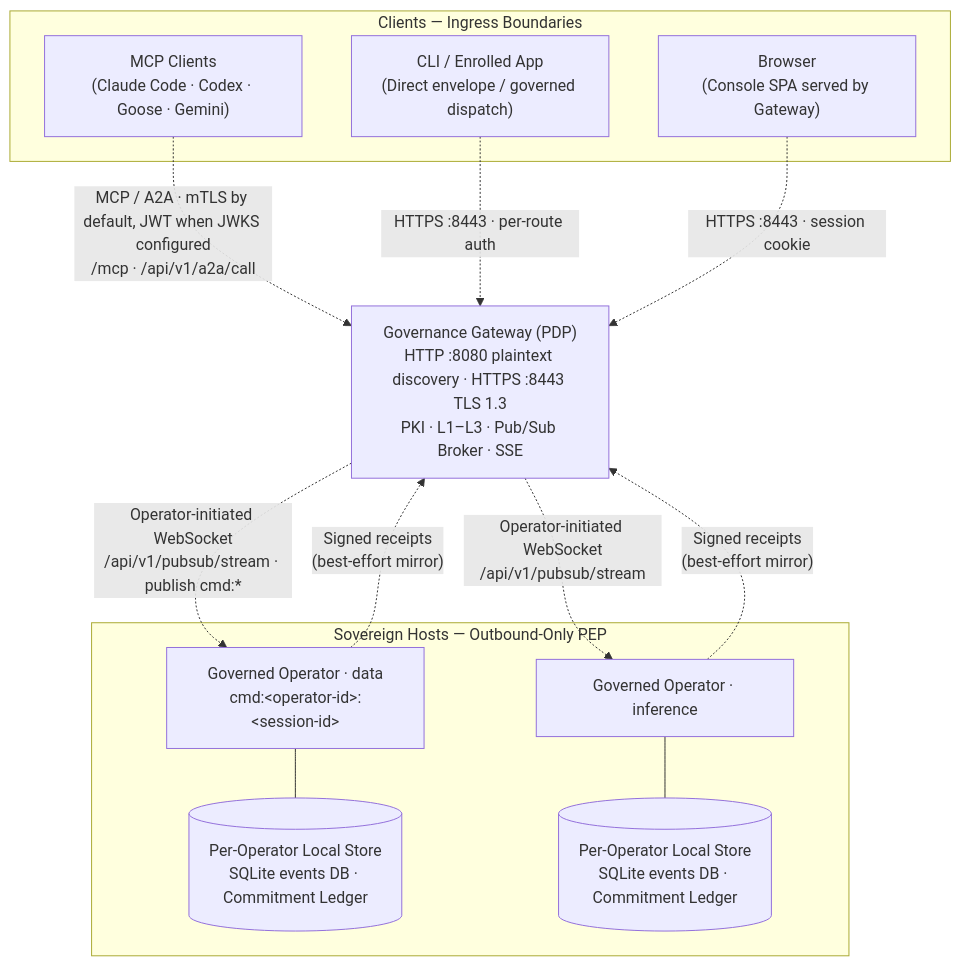
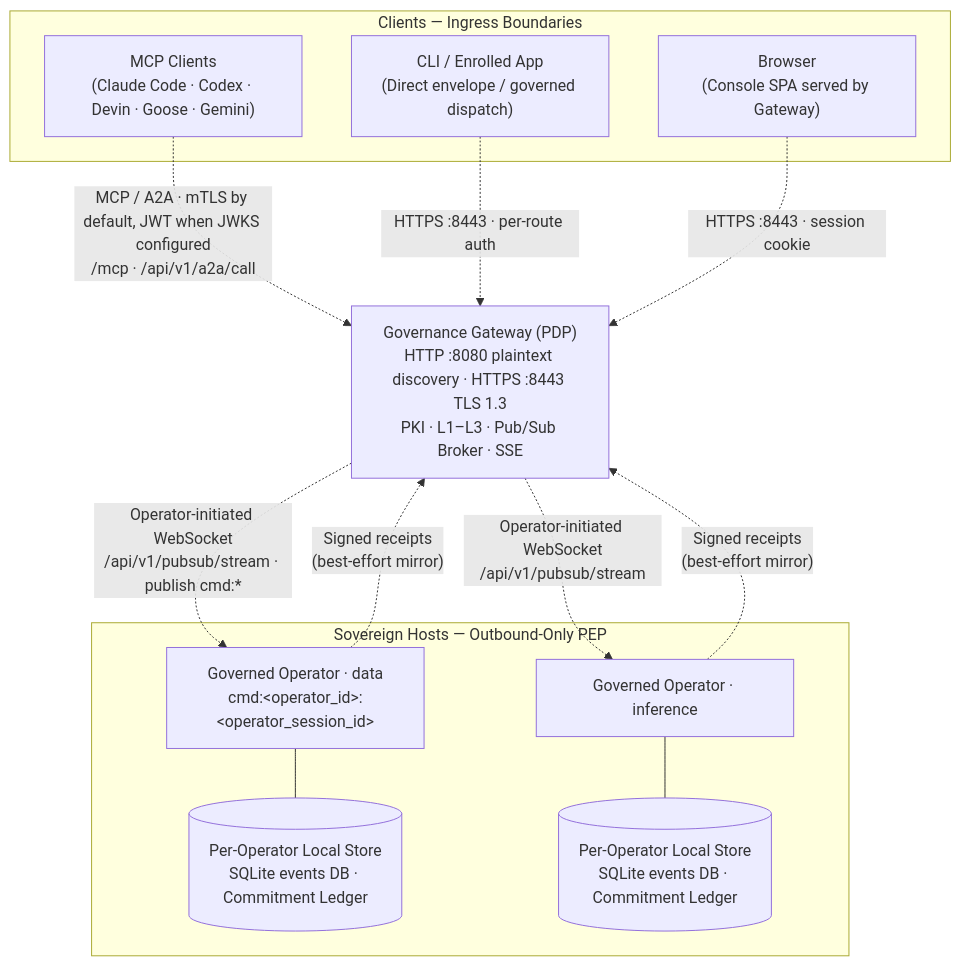
Before and after one commit to zerotrustdata/ztd: the diagram in docs/diagrams/graph-gateway-fleet-single-host-http-mtls.md, drawn with Mermaid. The commit also changed other lines of this file and 216 other files, not shown here.

````diff
--- a/docs/diagrams/graph-gateway-fleet-single-host-http-mtls.md
+++ b/docs/diagrams/graph-gateway-fleet-single-host-http-mtls.md
@@ -26,28 +26,28 @@
 ```mermaid
 graph TD
     subgraph Clients ["Clients — Ingress Boundaries"]
-        MCP["MCP Clients<br/>(Claude Code · Codex · Goose · Gemini)"]
+        MCP["MCP Clients<br/>(Claude Code · Codex · Devin · Goose · Gemini)"]
         CLI["CLI / Enrolled App<br/>(Direct envelope / governed dispatch)"]
         Browser["Browser<br/>(Console SPA served by Gateway)"]
     end
 
     GW["Governance Gateway (PDP)<br/>HTTP :8080 plaintext discovery · HTTPS :8443 TLS 1.3<br/>PKI · L1–L3 · Pub/Sub Broker · SSE"]
 
     subgraph Fleet ["Sovereign Hosts — Outbound-Only PEP"]
-        O1["Governed Operator · data<br/>cmd:&lt;operator-id&gt;:&lt;session-id&gt;"]
+        O1["Governed Operator · data<br/>cmd:&lt;operator_id&gt;:&lt;operator_session_id&gt;"]
         O2["Governed Operator · inference"]
         D1[("Per-Operator Local Store<br/>SQLite events DB · Commitment Ledger")]
         D2[("Per-Operator Local Store<br/>SQLite events DB · Commitment Ledger")]
         O1 --- D1
         O2 --- D2
     end
 
     MCP -. "MCP / A2A · mTLS by default, JWT when JWKS configured<br/>/mcp · /api/v1/a2a/call" .-> GW
     CLI -. "HTTPS :8443 · per-route auth" .-> GW
     Browser -. "HTTPS :8443 · session cookie" .-> GW
 
     GW -. "Operator-initiated WebSocket<br/>/api/v1/pubsub/stream · publish cmd:*" .-> O1
     GW -. "Operator-initiated WebSocket<br/>/api/v1/pubsub/stream" .-> O2
     O1 -. "Signed receipts<br/>(best-effort mirror)" .-> GW
     O2 -. "Signed receipts<br/>(best-effort mirror)" .-> GW
 ```
````
